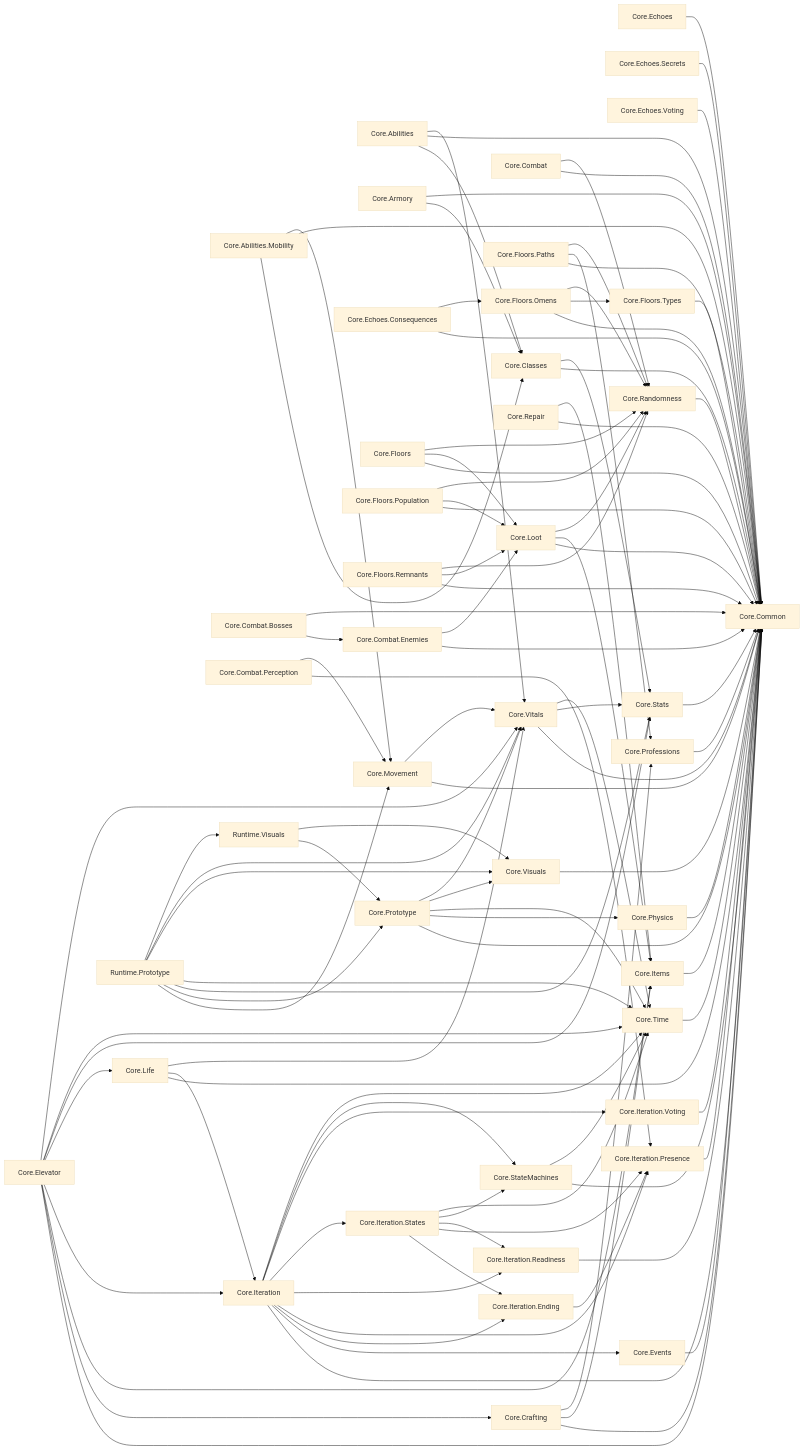
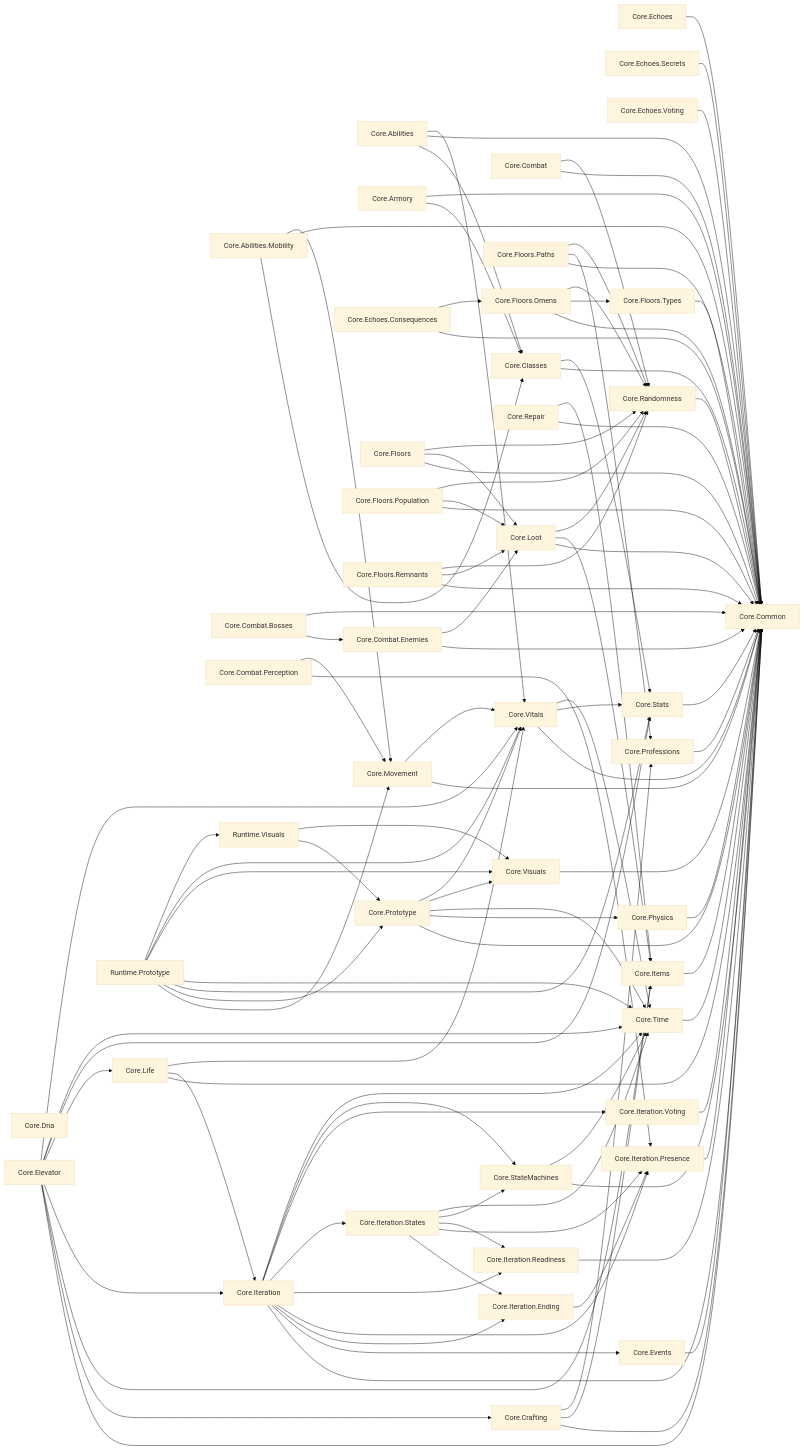
One commit to LazaroPol/Acensor changed the diagram in docs/arquitectura/GRAFO.md. Above: the diagram before and after it, drawn with Mermaid (base theme). The commit also changed 25 other files, not shown here.

````diff
--- a/docs/arquitectura/GRAFO.md
+++ b/docs/arquitectura/GRAFO.md
@@ -14,81 +14,82 @@
   n7["Core.Combat.Perception"]
   n8["Core.Common"]
   n9["Core.Crafting"]
-  n10["Core.Echoes"]
-  n11["Core.Echoes.Consequences"]
-  n12["Core.Echoes.Secrets"]
-  n13["Core.Echoes.Voting"]
-  n14["Core.Elevator"]
-  n15["Core.Events"]
-  n16["Core.Floors"]
-  n17["Core.Floors.Omens"]
-  n18["Core.Floors.Paths"]
-  n19["Core.Floors.Population"]
-  n20["Core.Floors.Remnants"]
-  n21["Core.Floors.Types"]
-  n22["Core.Items"]
-  n23["Core.Iteration"]
-  n24["Core.Iteration.Ending"]
-  n25["Core.Iteration.Presence"]
-  n26["Core.Iteration.Readiness"]
-  n27["Core.Iteration.States"]
-  n28["Core.Iteration.Voting"]
-  n29["Core.Life"]
-  n30["Core.Loot"]
-  n31["Core.Movement"]
-  n32["Core.Physics"]
-  n33["Core.Professions"]
-  n34["Core.Prototype"]
-  n35["Core.Randomness"]
-  n36["Core.Repair"]
-  n37["Core.StateMachines"]
-  n38["Core.Stats"]
-  n39["Core.Time"]
-  n40["Core.Visuals"]
-  n41["Core.Vitals"]
-  n42["Runtime.Prototype"]
-  n43["Runtime.Visuals"]
-  n0 --> n3 & n8 & n41
-  n1 --> n3 & n8 & n31
+  n10["Core.Dna"]
+  n11["Core.Echoes"]
+  n12["Core.Echoes.Consequences"]
+  n13["Core.Echoes.Secrets"]
+  n14["Core.Echoes.Voting"]
+  n15["Core.Elevator"]
+  n16["Core.Events"]
+  n17["Core.Floors"]
+  n18["Core.Floors.Omens"]
+  n19["Core.Floors.Paths"]
+  n20["Core.Floors.Population"]
+  n21["Core.Floors.Remnants"]
+  n22["Core.Floors.Types"]
+  n23["Core.Items"]
+  n24["Core.Iteration"]
+  n25["Core.Iteration.Ending"]
+  n26["Core.Iteration.Presence"]
+  n27["Core.Iteration.Readiness"]
+  n28["Core.Iteration.States"]
+  n29["Core.Iteration.Voting"]
+  n30["Core.Life"]
+  n31["Core.Loot"]
+  n32["Core.Movement"]
+  n33["Core.Physics"]
+  n34["Core.Professions"]
+  n35["Core.Prototype"]
+  n36["Core.Randomness"]
+  n37["Core.Repair"]
+  n38["Core.StateMachines"]
+  n39["Core.Stats"]
+  n40["Core.Time"]
+  n41["Core.Visuals"]
+  n42["Core.Vitals"]
+  n43["Runtime.Prototype"]
+  n44["Runtime.Visuals"]
+  n0 --> n3 & n8 & n42
+  n1 --> n3 & n8 & n32
   n2 --> n3 & n8
-  n3 --> n8 & n38
-  n4 --> n8 & n35
+  n3 --> n8 & n39
+  n4 --> n8 & n36
   n5 --> n6 & n8
-  n6 --> n8 & n30
-  n7 --> n25 & n31
-  n9 --> n8 & n22 & n33
-  n10 --> n8
-  n11 --> n8 & n17
-  n12 --> n8
+  n6 --> n8 & n31
+  n7 --> n26 & n32
+  n9 --> n8 & n23 & n34
+  n11 --> n8
+  n12 --> n8 & n18
   n13 --> n8
-  n14 --> n8 & n9 & n22 & n23 & n29 & n38 & n39 & n41
-  n15 --> n8
-  n16 --> n8 & n30 & n35
-  n17 --> n8 & n21 & n35
-  n18 --> n8 & n33 & n35
-  n19 --> n8 & n30 & n35
-  n20 --> n8 & n30 & n35
-  n21 --> n8
+  n14 --> n8
+  n15 --> n8 & n9 & n23 & n24 & n30 & n39 & n40 & n42
+  n16 --> n8
+  n17 --> n8 & n31 & n36
+  n18 --> n8 & n22 & n36
+  n19 --> n8 & n34 & n36
+  n20 --> n8 & n31 & n36
+  n21 --> n8 & n31 & n36
   n22 --> n8
-  n23 --> n8 & n15 & n24 & n25 & n26 & n27 & n28 & n37 & n39
-  n24 --> n25
-  n25 --> n8
+  n23 --> n8
+  n24 --> n8 & n16 & n25 & n26 & n27 & n28 & n29 & n38 & n40
+  n25 --> n26
   n26 --> n8
-  n27 --> n24 & n25 & n26 & n37 & n39
-  n28 --> n8
-  n29 --> n8 & n23 & n41
-  n30 --> n8 & n22 & n35
-  n31 --> n8 & n41
-  n32 --> n8
+  n27 --> n8
+  n28 --> n25 & n26 & n27 & n38 & n40
+  n29 --> n8
+  n30 --> n8 & n24 & n42
+  n31 --> n8 & n23 & n36
+  n32 --> n8 & n42
   n33 --> n8
-  n34 --> n8 & n32 & n39 & n40 & n41
-  n35 --> n8
-  n36 --> n8 & n22
-  n37 --> n8 & n39
-  n38 --> n8
+  n34 --> n8
+  n35 --> n8 & n33 & n40 & n41 & n42
+  n36 --> n8
+  n37 --> n8 & n23
+  n38 --> n8 & n40
   n39 --> n8
   n40 --> n8
-  n41 --> n8 & n38 & n39
-  n42 --> n31 & n34 & n38 & n39 & n40 & n41 & n43
-  n43 --> n34 & n40
+  n41 --> n8
+  n42 --> n8 & n39 & n40
+  n43 --> n32 & n35 & n39 & n40 & n41 & n42 & n44
+  n44 --> n35 & n41
 ```
````
